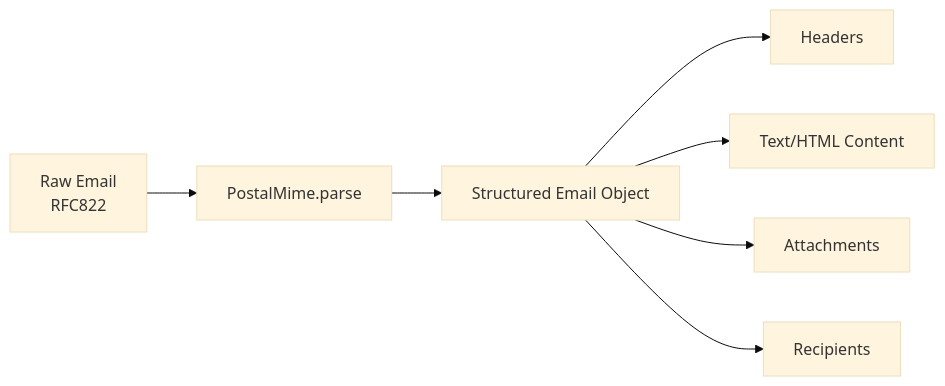
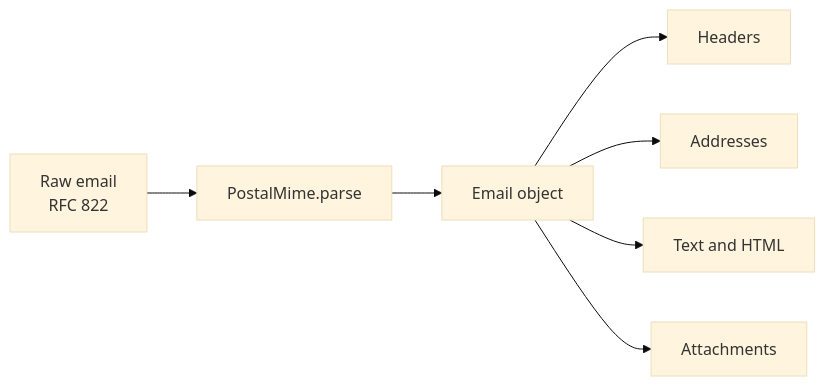
The diagram in docs/index.md (postalsys/postal-mime-docs), drawn with Mermaid (base theme) before and after one commit. The commit also changed other lines of this file and 30 other files, not shown here.

First line of the commit message:
docs: audit against postal-mime 4.1.3 and adopt the EmailEngine docs rules

````diff
--- a/docs/index.md
+++ b/docs/index.md
@@ -49,9 +42,9 @@
 ```mermaid
 flowchart LR
-    A[Raw Email<br/>RFC822] --> B[PostalMime.parse]
-    B --> C[Structured Email Object]
+    A[Raw email<br/>RFC 822] --> B[PostalMime.parse]
+    B --> C[Email object]
     C --> D[Headers]
-    C --> E[Text/HTML Content]
-    C --> F[Attachments]
-    C --> G[Recipients]
+    C --> E[Addresses]
+    C --> F[Text and HTML]
+    C --> G[Attachments]
 ```
````
